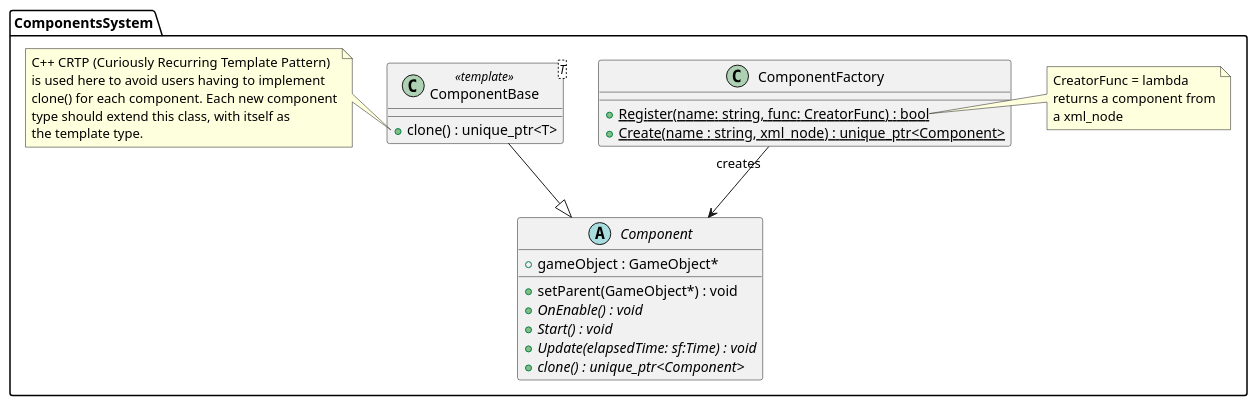
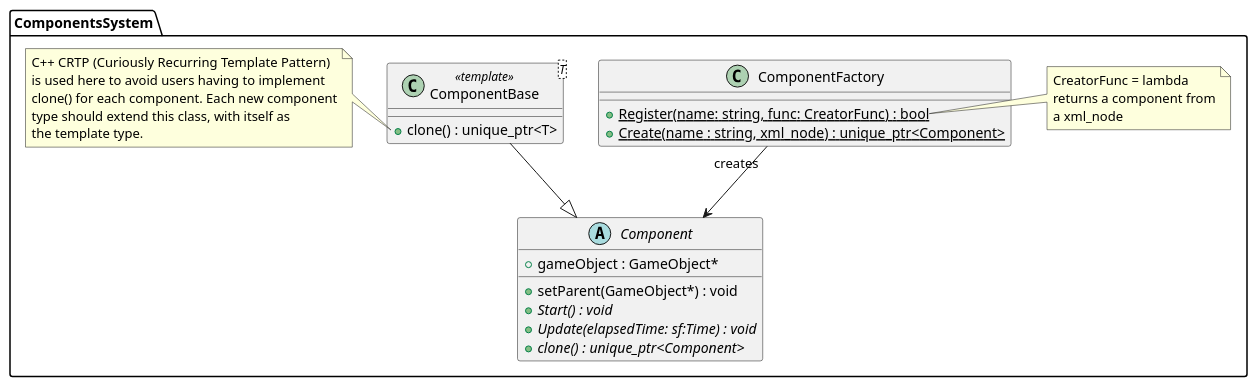
The diagram in doc/uml/components.puml (AntoFruch/PatternFactory), drawn with PlantUML before and after one commit. The commit also changed 1 other file, not shown here.

```diff
--- a/doc/uml/components.puml
+++ b/doc/uml/components.puml
@@ -1,37 +1,36 @@
 @startuml objects
 namespace ComponentsSystem {
     class ComponentFactory{
         + {static} Register(name: string, func: CreatorFunc) : bool
         + {static} Create(name : string, xml_node) : unique_ptr<Component>
     }
     note right of ComponentFactory::Register
            CreatorFunc = lambda
            returns a component from
            a xml_node
     end note
 
 
     class ComponentBase<T> <<template>> {
         + clone() : unique_ptr<T>
     }
     note left of ComponentBase::clone
         C++ CRTP (Curiously Recurring Template Pattern)
         is used here to avoid users having to implement
         clone() for each component. Each new component
         type should extend this class, with itself as
         the template type.
     end note
 
     abstract class Component{
         + gameObject : GameObject*
         + setParent(GameObject*) : void
-        + {abstract} OnEnable() : void
         + {abstract} Start() : void
         + {abstract} Update(elapsedTime: sf:Time) : void
         + {abstract} clone() : unique_ptr<Component>
     }
 
    ComponentBase --|> Component
    ComponentFactory "creates" --> Component
 }
 @enduml
```
